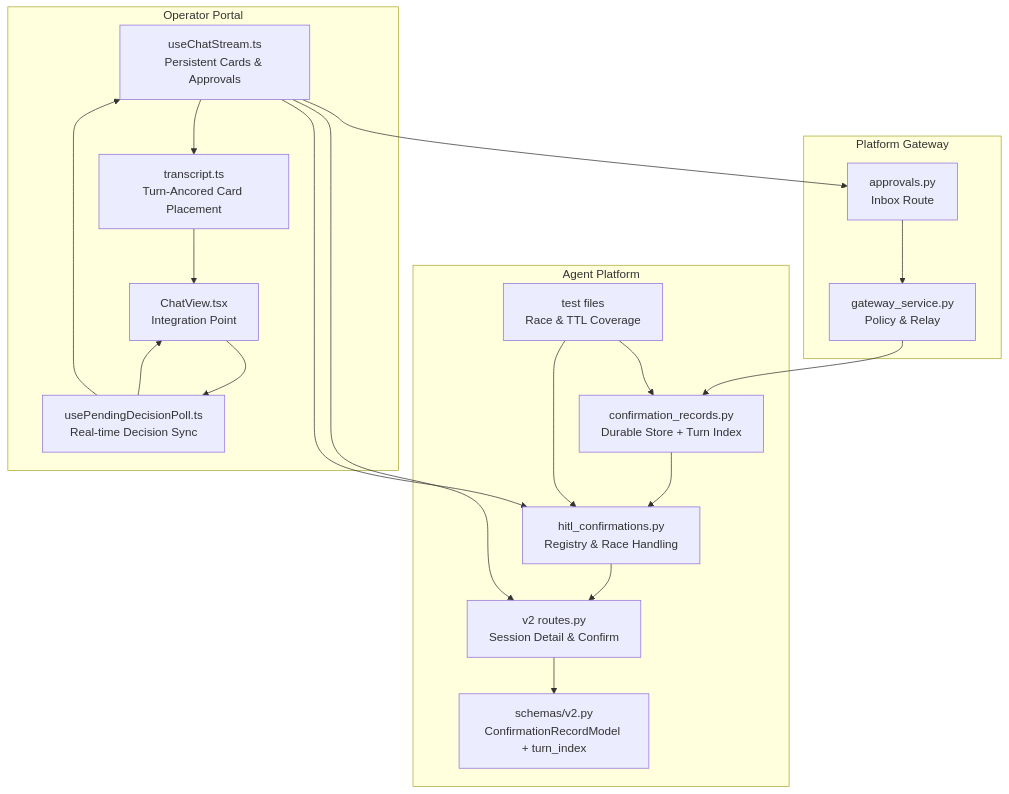
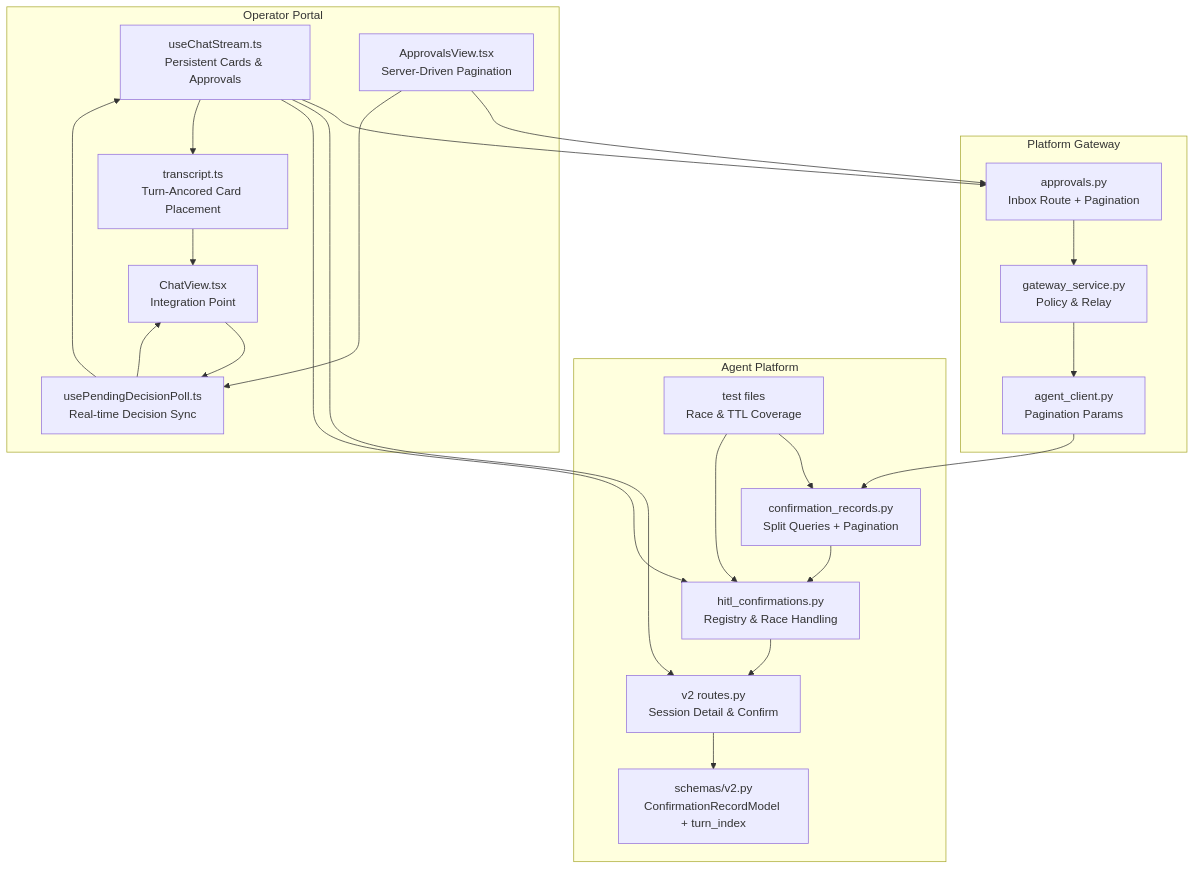
Before and after one commit to metasync/luban-aiops: the first of 11 diagrams in .qoder/repowiki/en/content/Architecture Documentation/SPEC-031_ Approval Inbox and Persistent Confirmation Cards.md, drawn with Mermaid. The commit also changed other lines of this file and 14 other files, not shown here.

````diff
--- a/.qoder/repowiki/en/content/Architecture Documentation/SPEC-031_ Approval Inbox and Persistent Confirmation Cards.md
+++ b/.qoder/repowiki/en/content/Architecture Documentation/SPEC-031_ Approval Inbox and Persistent Confirmation Cards.md
@@ -63,35 +67,40 @@
 ```mermaid
 graph TB
 subgraph "Agent Platform"
-CR["confirmation_records.py<br/>Durable Store + Turn Index"]
+CR["confirmation_records.py<br/>Split Queries + Pagination"]
 HITL["hitl_confirmations.py<br/>Registry & Race Handling"]
 V2["v2 routes.py<br/>Session Detail & Confirm"]
 SCHEMA["schemas/v2.py<br/>ConfirmationRecordModel + turn_index"]
 TESTS["test files<br/>Race & TTL Coverage"]
 end
 subgraph "Platform Gateway"
-APPR["approvals.py<br/>Inbox Route"]
+APPR["approvals.py<br/>Inbox Route + Pagination"]
 GSVC["gateway_service.py<br/>Policy & Relay"]
+AC["agent_client.py<br/>Pagination Params"]
 end
 subgraph "Operator Portal"
 STREAM["useChatStream.ts<br/>Persistent Cards & Approvals"]
 POLL["usePendingDecisionPoll.ts<br/>Real-time Decision Sync"]
 TRANSCRIPT["transcript.ts<br/>Turn-Ancored Card Placement"]
 CHATVIEW["ChatView.tsx<br/>Integration Point"]
+APPROVALSVIEW["ApprovalsView.tsx<br/>Server-Driven Pagination"]
 end
 CR --> HITL
 HITL --> V2
 V2 --> SCHEMA
 APPR --> GSVC
-GSVC --> CR
+GSVC --> AC
+AC --> CR
 STREAM --> APPR
 STREAM --> V2
 STREAM --> HITL
 STREAM --> TRANSCRIPT
 POLL --> STREAM
 POLL --> CHATVIEW
 CHATVIEW --> POLL
 TRANSCRIPT --> CHATVIEW
+APPROVALSVIEW --> APPR
+APPROVALSVIEW --> POLL
 TESTS --> CR
 TESTS --> HITL
 ```
````
